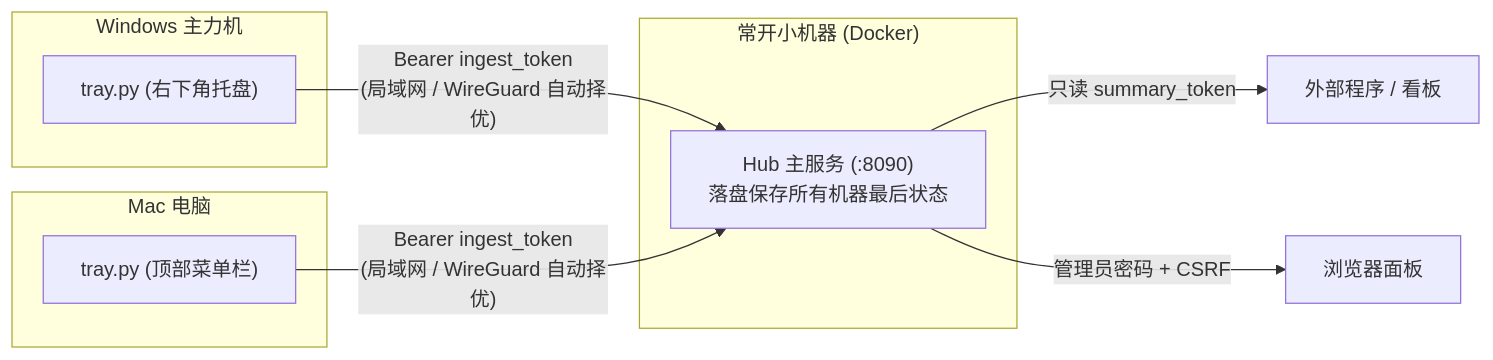
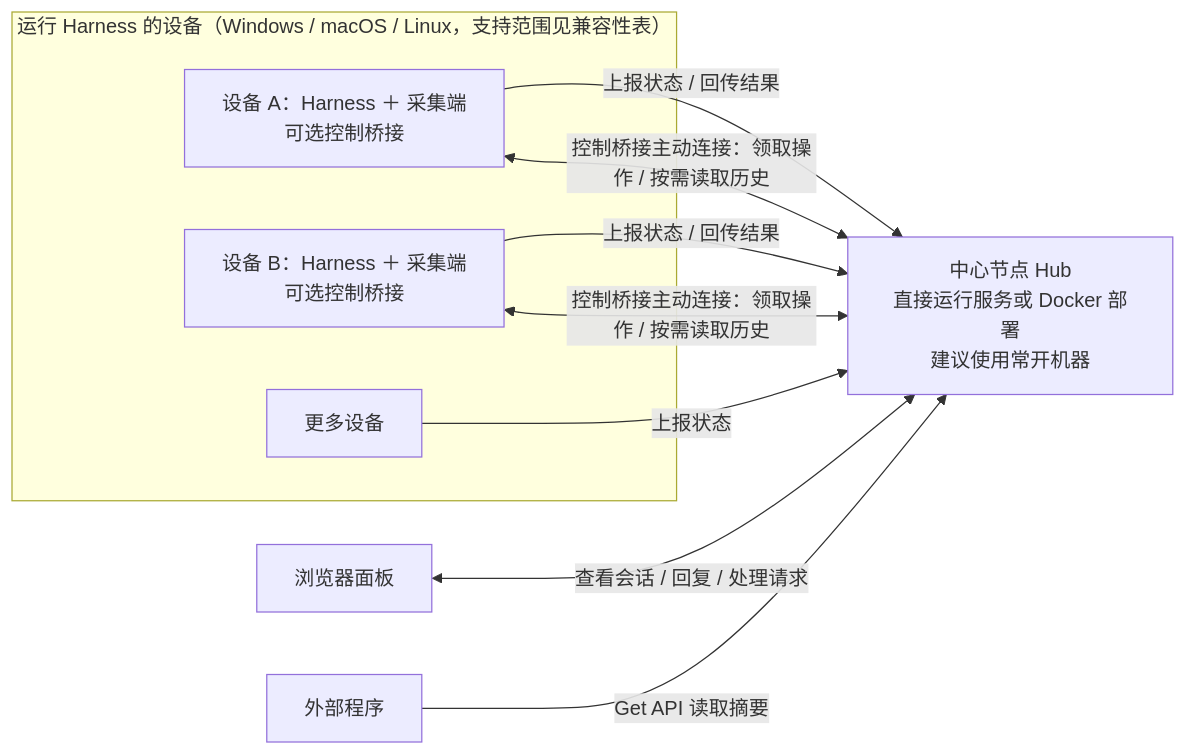
One commit to xuhuaya0/agent-watch changed the diagram in README.md. Above: the diagram before and after it, drawn with Mermaid. The commit also changed other lines of this file and 12 other files, not shown here.

````diff
--- a/README.md
+++ b/README.md
@@ -11,16 +15,18 @@
 ```mermaid
 flowchart LR
-  subgraph MiniPC["常开小机器 (Docker)"]
-    H["Hub 主服务 (:8090)<br/>落盘保存所有机器最后状态"]
+  subgraph Clients["运行 Harness 的设备（Windows / macOS / Linux，支持范围见兼容性表）"]
+    A["设备 A：Harness ＋ 采集端<br/>可选控制桥接"]
+    B["设备 B：Harness ＋ 采集端<br/>可选控制桥接"]
+    N["更多设备"]
   end
-  subgraph Win["Windows 主力机"]
-    TW["tray.py (右下角托盘)"]
-  end
-  subgraph Mac["Mac 电脑"]
-    TM["tray.py (顶部菜单栏)"]
-  end
-  TW -- "Bearer ingest_token<br/>(局域网 / WireGuard 自动择优)" --> H
-  TM -- "Bearer ingest_token<br/>(局域网 / WireGuard 自动择优)" --> H
-  H -- "只读 summary_token" --> E["外部程序 / 看板"]
-  H -- "管理员密码 + CSRF" --> B["浏览器面板"]
+  H["中心节点 Hub<br/>直接运行服务或 Docker 部署<br/>建议使用常开机器"]
+  W["浏览器面板"]
+  E["外部程序"]
+  A -->|"上报状态 / 回传结果"| H
+  B -->|"上报状态 / 回传结果"| H
+  N -->|"上报状态"| H
+  A <-->|"控制桥接主动连接：领取操作 / 按需读取历史"| H
+  B <-->|"控制桥接主动连接：领取操作 / 按需读取历史"| H
+  W <-->|"查看会话 / 回复 / 处理请求"| H
+  E -->|"Get API 读取摘要"| H
 ```
````
